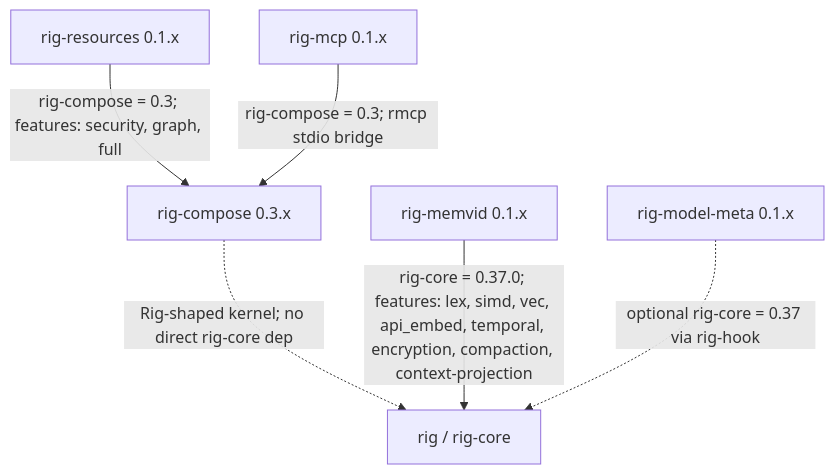
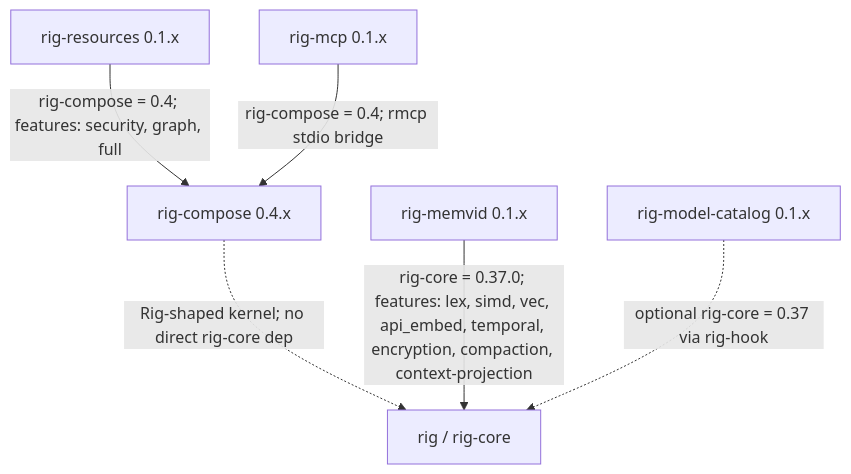
The diagram in README.md (ForeverAngry/rig-compose), drawn with Mermaid before and after one commit. The commit also changed other lines of this file and 13 other files, not shown here.

Commit message:
release rig-compose 0.4 kernel lifecycle

````diff
--- a/README.md
+++ b/README.md
@@ -227,15 +239,15 @@
 ```mermaid
 flowchart TD
     rig["rig / rig-core"]
-    compose["rig-compose 0.3.x"]
+    compose["rig-compose 0.4.x"]
     resources["rig-resources 0.1.x"]
     mcp["rig-mcp 0.1.x"]
     memvid["rig-memvid 0.1.x"]
-    model_meta["rig-model-meta 0.1.x"]
+    model_meta["rig-model-catalog 0.1.x"]
 
     compose -. "Rig-shaped kernel; no direct rig-core dep" .-> rig
-    resources -- "rig-compose = 0.3; features: security, graph, full" --> compose
-    mcp -- "rig-compose = 0.3; rmcp stdio bridge" --> compose
+    resources -- "rig-compose = 0.4; features: security, graph, full" --> compose
+    mcp -- "rig-compose = 0.4; rmcp stdio bridge" --> compose
     memvid -- "rig-core = 0.37.0; features: lex, simd, vec, api_embed, temporal, encryption, compaction, context-projection" --> rig
     model_meta -. "optional rig-core = 0.37 via rig-hook" .-> rig
 ```
````
